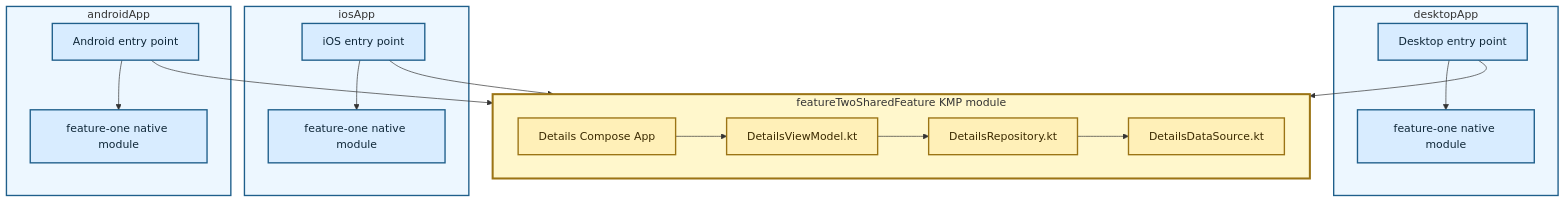
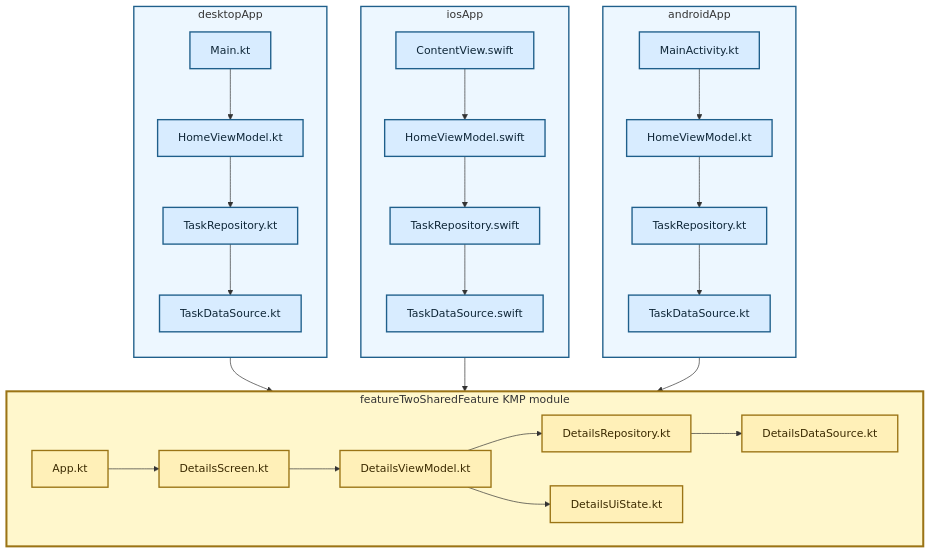
Before and after one commit to TheSetox/kmp-sample-diagrams: the diagram in diagrams/14-modular-kmp-shared-feature.md, drawn with Mermaid. The commit also changed other lines of this file and 87 other files, not shown here.

Commit message:
sample: show native feature one in modular kmp

````diff
--- a/diagrams/14-modular-kmp-shared-feature.md
+++ b/diagrams/14-modular-kmp-shared-feature.md
@@ -5,42 +5,54 @@
 ```mermaid
 flowchart TB
-  subgraph Desktop["desktopApp"]
-    DEntry["Desktop entry point"]
-    DFeatureOne["feature-one native module"]
-    DEntry --> DFeatureOne
+  subgraph Android["androidApp"]
+    direction TB
+    AEntry["MainActivity.kt"]
+    AHomeVM["HomeViewModel.kt"]
+    ATaskRepository["TaskRepository.kt"]
+    ATaskDataSource["TaskDataSource.kt"]
+    AEntry --> AHomeVM --> ATaskRepository --> ATaskDataSource
   end
 
   subgraph IOS["iosApp"]
-    IEntry["iOS entry point"]
-    IFeatureOne["feature-one native module"]
-    IEntry --> IFeatureOne
+    direction TB
+    IEntry["ContentView.swift"]
+    IHomeVM["HomeViewModel.swift"]
+    ITaskRepository["TaskRepository.swift"]
+    ITaskDataSource["TaskDataSource.swift"]
+    IEntry --> IHomeVM --> ITaskRepository --> ITaskDataSource
   end
 
-  subgraph Android["androidApp"]
-    AEntry["Android entry point"]
-    AFeatureOne["feature-one native module"]
-    AEntry --> AFeatureOne
+  subgraph Desktop["desktopApp"]
+    direction TB
+    DEntry["Main.kt"]
+    DHomeVM["HomeViewModel.kt"]
+    DTaskRepository["TaskRepository.kt"]
+    DTaskDataSource["TaskDataSource.kt"]
+    DEntry --> DHomeVM --> DTaskRepository --> DTaskDataSource
   end
 
   subgraph KMP["featureTwoSharedFeature KMP module"]
     direction LR
-    App["Details Compose App"]
+    App["App.kt"]
+    Screen["DetailsScreen.kt"]
+    State["DetailsUiState.kt"]
     VM["DetailsViewModel.kt"]
     Repository["DetailsRepository.kt"]
     DataSource["DetailsDataSource.kt"]
-    App --> VM --> Repository --> DataSource
+    App --> Screen --> VM --> Repository --> DataSource
+    VM --> State
   end
 
   AEntry --> App
   IEntry --> App
   DEntry --> App
 
   classDef app fill:#d8ecff,stroke:#1f5f8b,color:#0f2738,stroke-width:2px;
   classDef kmp fill:#fff0b8,stroke:#9b7415,color:#3b2a00,stroke-width:2px;
-  class AEntry,AFeatureOne,IEntry,IFeatureOne,DEntry,DFeatureOne app;
-  class App,VM,Repository,DataSource kmp;
+  class AEntry,AHomeVM,ATaskRepository,ATaskDataSource,IEntry,IHomeVM,ITaskRepository,ITaskDataSource,DEntry,DHomeVM,DTaskRepository,DTaskDataSource app;
+  class App,Screen,State,VM,Repository,DataSource kmp;
   style Android fill:#edf7ff,stroke:#1f5f8b,stroke-width:2px
   style IOS fill:#edf7ff,stroke:#1f5f8b,stroke-width:2px
   style Desktop fill:#edf7ff,stroke:#1f5f8b,stroke-width:2px
   style KMP fill:#fff7cc,stroke:#9b7415,stroke-width:3px
 ```
````
